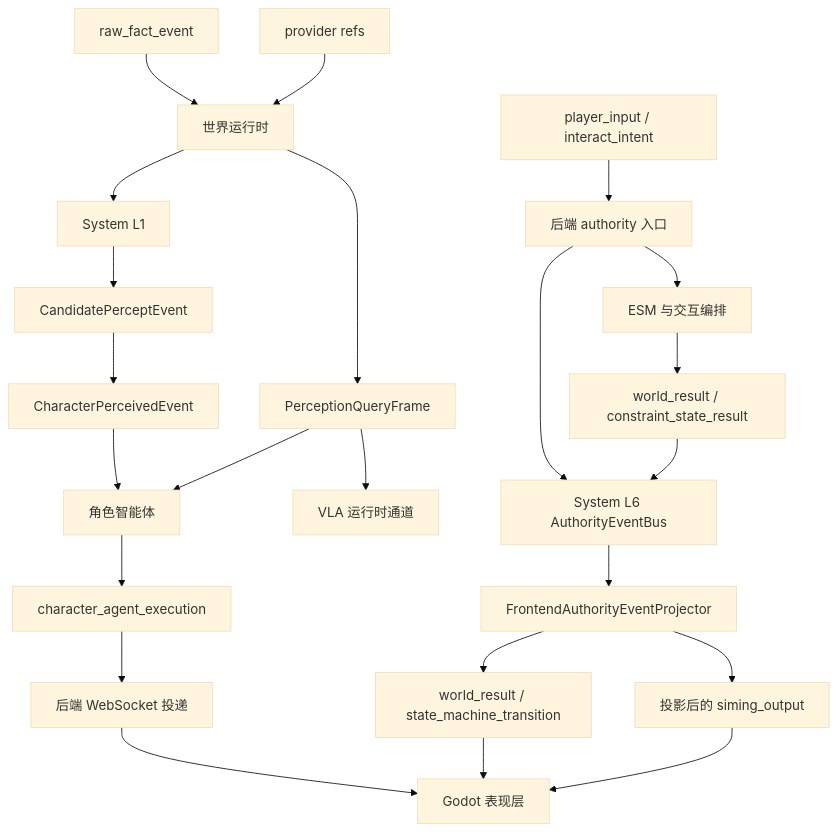
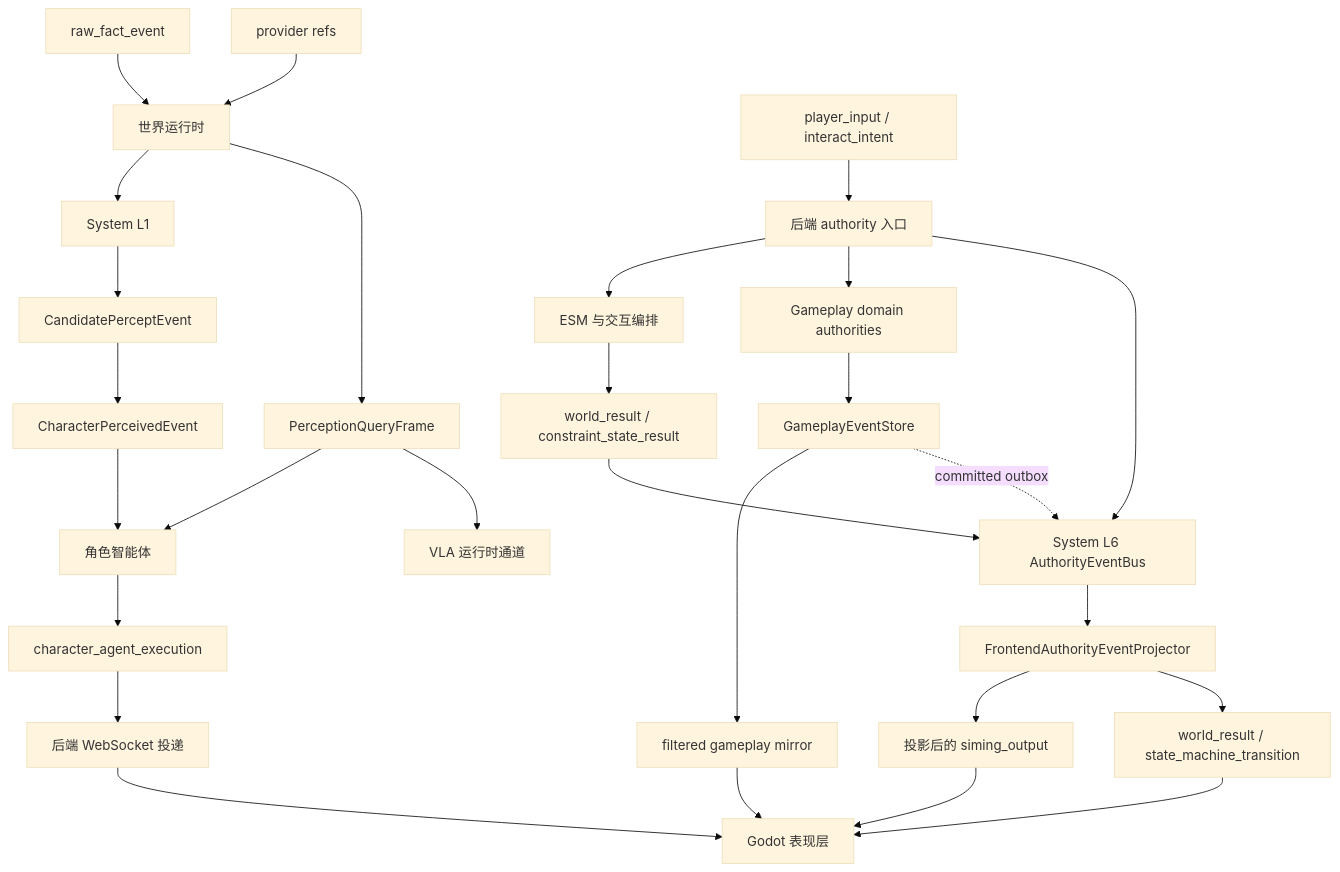
Before and after one commit to Dancing-coin/Paralls-phase0-1: the fourth of 4 diagrams in docs/架构/运行时/运行时总览.md, drawn with Mermaid (base theme). The commit also changed other lines of this file and 198 other files, not shown here.

````diff
--- a/docs/架构/运行时/运行时总览.md
+++ b/docs/架构/运行时/运行时总览.md
@@ -110,28 +147,33 @@
 ```mermaid
 flowchart TD
     Raw[raw_fact_event] --> WorldRuntime[世界运行时]
     ProviderRefs[provider refs] --> WorldRuntime
     PlayerInput[player_input / interact_intent] --> Backend[后端 authority 入口]
 
     WorldRuntime --> L1[System L1]
     WorldRuntime --> PQF[PerceptionQueryFrame]
     L1 --> Candidate[CandidatePerceptEvent]
     Candidate --> Private[CharacterPerceivedEvent]
     Private --> Character[角色智能体]
     PQF --> Character
     PQF --> VLA[VLA 运行时通道]
 
     Character --> Exec[character_agent_execution]
     Exec --> Delivery[后端 WebSocket 投递]
     Backend --> ESM[ESM 与交互编排]
     ESM --> World[world_result / constraint_state_result]
+    Backend --> Gameplay[Gameplay domain authorities]
+    Gameplay --> GameplayStore[GameplayEventStore]
+    GameplayStore --> GameplayMirror[filtered gameplay mirror]
+    GameplayStore -. committed outbox .-> L6
     Backend --> L6[System L6 AuthorityEventBus]
     World --> L6
     L6 --> Projector[FrontendAuthorityEventProjector]
     Projector --> ProjectedSiming[投影后的 siming_output]
     Projector --> WorldProjection[world_result / state_machine_transition]
 
     Delivery --> Godot[Godot 表现层]
     WorldProjection --> Godot
     ProjectedSiming --> Godot
+    GameplayMirror --> Godot
 ```
````
